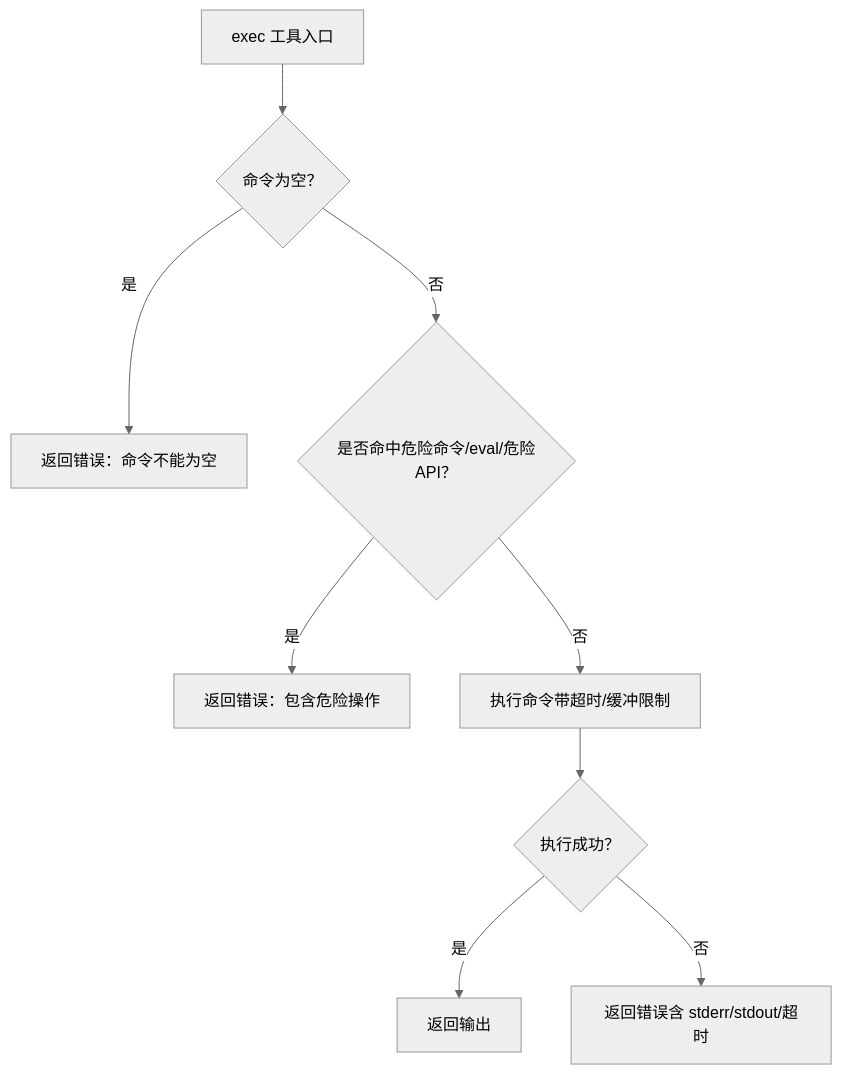
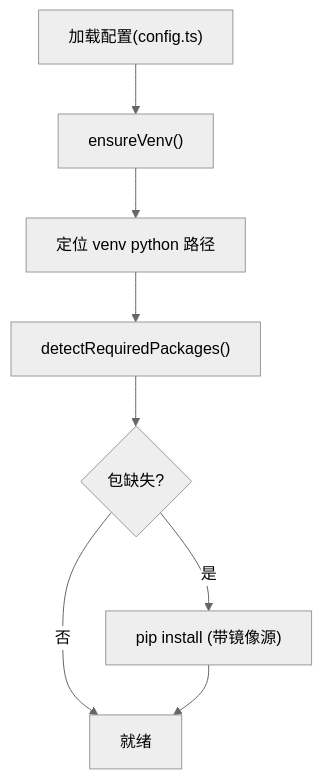
Before and after one commit to HAOFUYANG/onion-code: the sixth of 7 diagrams in .qoder/repowiki/zh/content/项目概述.md, drawn with Mermaid (neutral theme). The commit also changed other lines of this file and 58 other files, not shown here.

````diff
--- a/.qoder/repowiki/zh/content/项目概述.md
+++ b/.qoder/repowiki/zh/content/项目概述.md
@@ -280,11 +312,10 @@
 ```mermaid
 flowchart TD
-A["exec 工具入口"] --> B{"命令为空？"}
-B --> |是| E["返回错误：命令不能为空"]
-B --> |否| C{"是否命中危险命令/eval/危险API？"}
-C --> |是| F["返回错误：包含危险操作"]
-C --> |否| D["执行命令带超时/缓冲限制"]
-D --> G{"执行成功？"}
-G --> |是| H["返回输出"]
-G --> |否| I["返回错误含 stderr/stdout/超时"]
+CfgLoad["加载配置(config.ts)"] --> Venv["ensureVenv()"]
+Venv --> PyPath["定位 venv python 路径"]
+PyPath --> Detect["detectRequiredPackages()"]
+Detect --> Install{"包缺失?"}
+Install --> |是| Pip["pip install (带镜像源)"]
+Install --> |否| Ready["就绪"]
+Pip --> Ready
 ```
````
